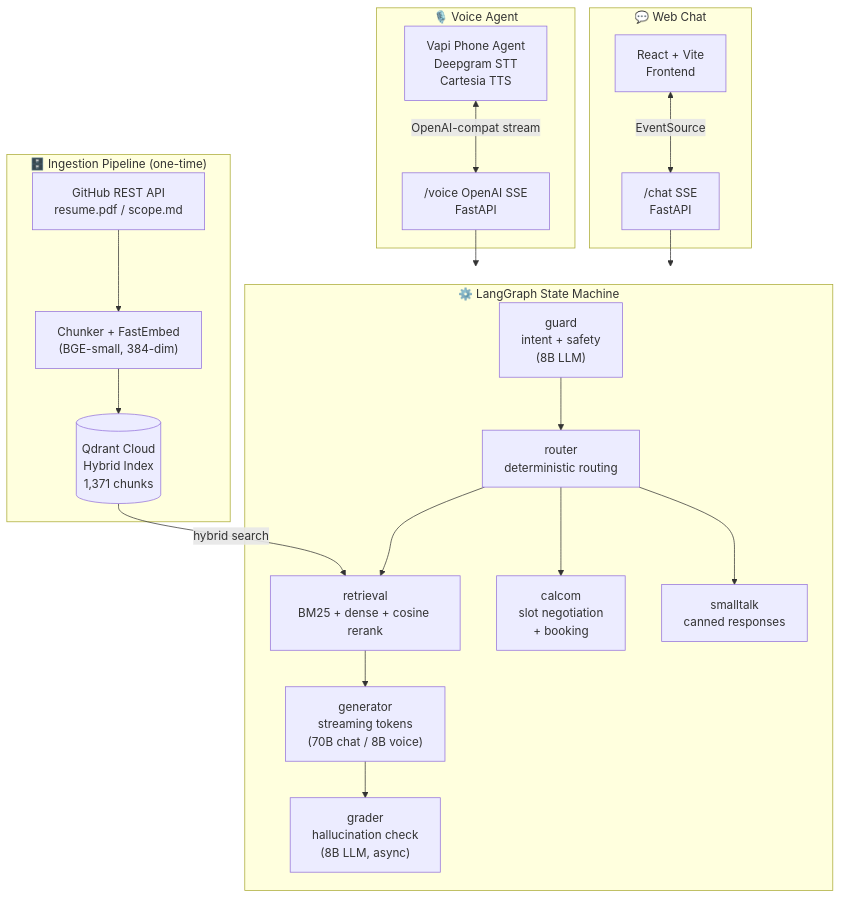
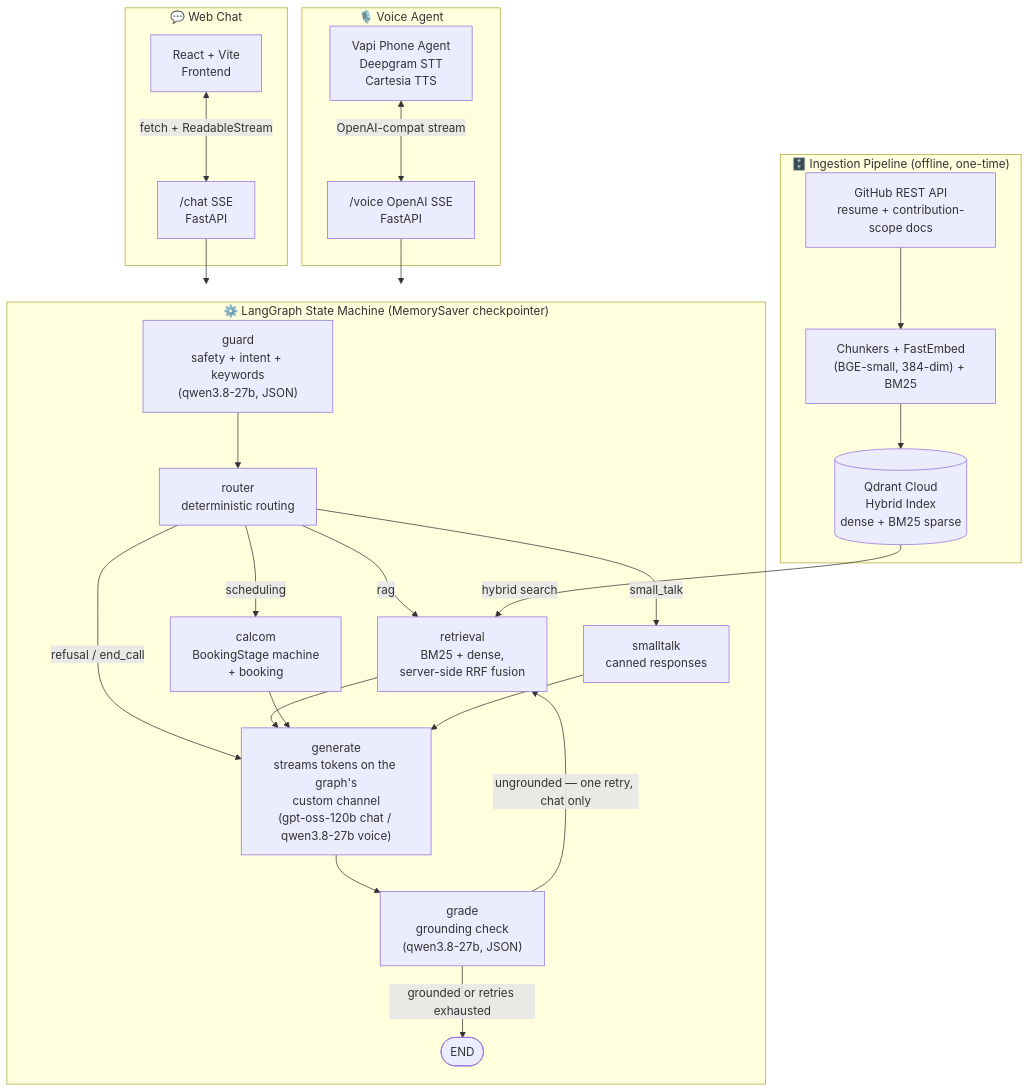
Before and after one commit to Tejasv-bhalla/AI_Persona: the diagram in README.md, drawn with Mermaid. The commit also changed other lines of this file and 9 other files, not shown here.

````diff
--- a/README.md
+++ b/README.md
@@ -57,40 +59,48 @@
 ```mermaid
 flowchart TD
-    subgraph INGESTION["🗄️ Ingestion Pipeline (one-time)"]
-        GH["GitHub REST API\nresume.pdf / scope.md"]
-        CH["Chunker + FastEmbed\n(BGE-small, 384-dim)"]
-        QD[("Qdrant Cloud\nHybrid Index\n1,371 chunks")]
+    subgraph INGESTION["🗄️ Ingestion Pipeline (offline, one-time)"]
+        GH["GitHub REST API\nresume + contribution-scope docs"]
+        CH["Chunkers + FastEmbed\n(BGE-small, 384-dim) + BM25"]
+        QD[("Qdrant Cloud\nHybrid Index\ndense + BM25 sparse")]
         GH --> CH --> QD
     end
 
-    subgraph GRAPH["⚙️ LangGraph State Machine"]
-        G["guard\nintent + safety\n(8B LLM)"]
+    subgraph GRAPH["⚙️ LangGraph State Machine (MemorySaver checkpointer)"]
+        G["guard\nsafety + intent + keywords\n(qwen3.8-27b, JSON)"]
         R["router\ndeterministic routing"]
-        RET["retrieval\nBM25 + dense + cosine rerank"]
-        GEN["generator\nstreaming tokens\n(70B chat / 8B voice)"]
-        GRD["grader\nhallucination check\n(8B LLM, async)"]
-        CAL["calcom\nslot negotiation\n+ booking"]
+        RET["retrieval\nBM25 + dense,\nserver-side RRF fusion"]
+        CAL["calcom\nBookingStage machine\n+ booking"]
         ST["smalltalk\ncanned responses"]
+        GEN["generate\nstreams tokens on the graph's\ncustom channel\n(gpt-oss-120b chat / qwen3.8-27b voice)"]
+        GRD["grade\ngrounding check\n(qwen3.8-27b, JSON)"]
+        FIN(["END"])
         G --> R
-        R --> RET --> GEN --> GRD
-        R --> CAL
-        R --> ST
+        R -->|rag| RET
+        R -->|scheduling| CAL
+        R -->|small_talk| ST
+        R -->|"refusal / end_call"| GEN
+        RET --> GEN
+        CAL --> GEN
+        ST --> GEN
+        GEN --> GRD
+        GRD -->|"ungrounded — one retry, chat only"| RET
+        GRD -->|"grounded or retries exhausted"| FIN
     end
 
     QD -->|"hybrid search"| RET
 
     subgraph CHAT["💬 Web Chat"]
         FE["React + Vite\nFrontend"]
         SSE1["/chat SSE\nFastAPI"]
-        FE <-->|"EventSource"| SSE1
+        FE <-->|"fetch + ReadableStream"| SSE1
     end
 
     subgraph VOICE["🎙️ Voice Agent"]
         VAPI["Vapi Phone Agent\nDeepgram STT\nCartesia TTS"]
         SSE2["/voice OpenAI SSE\nFastAPI"]
         VAPI <-->|"OpenAI-compat stream"| SSE2
     end
 
     SSE1 --> GRAPH
     SSE2 --> GRAPH
 ```
````
